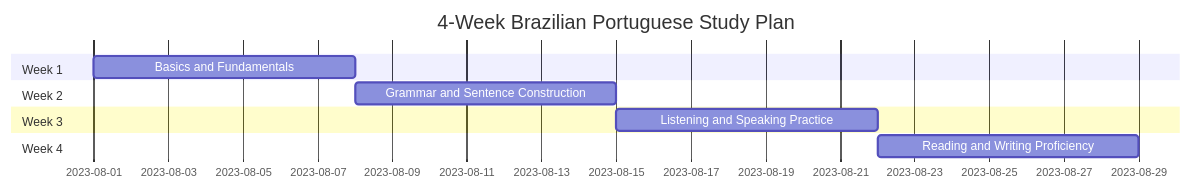
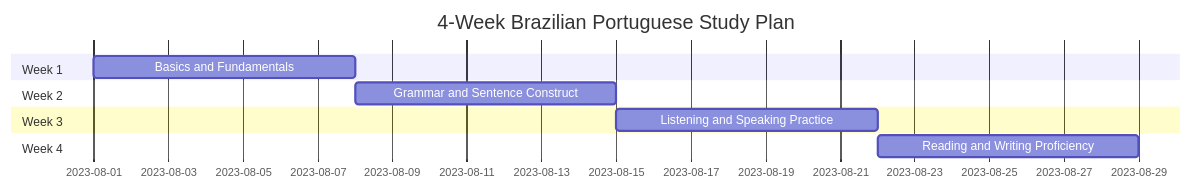
One commit to ainglese-dev/ainglese-dev.github.io changed the diagram in _posts/2023-07-26-short-language-learning.md. Above: the diagram before and after it, drawn with Mermaid. The commit also changed other lines of this file, not shown here.

Commit message:
[UPDATE] mermaid doesnt work

````diff
--- a/_posts/2023-07-26-short-language-learning.md
+++ b/_posts/2023-07-26-short-language-learning.md
@@ -18,16 +18,16 @@
 ```mermaid
-gantt
+  gantt
     title 4-Week Brazilian Portuguese Study Plan
 
     section Week 1
     Basics and Fundamentals: 2023-08-01, 7d
 
     section Week 2
-    Grammar and Sentence Construction: 2023-08-08, 7d
+    Grammar and Sentence Construct: 2023-08-08, 7d
 
     section Week 3
     Listening and Speaking Practice: 2023-08-15, 7d
 
     section Week 4
     Reading and Writing Proficiency: 2023-08-22, 7d
 ```
````
